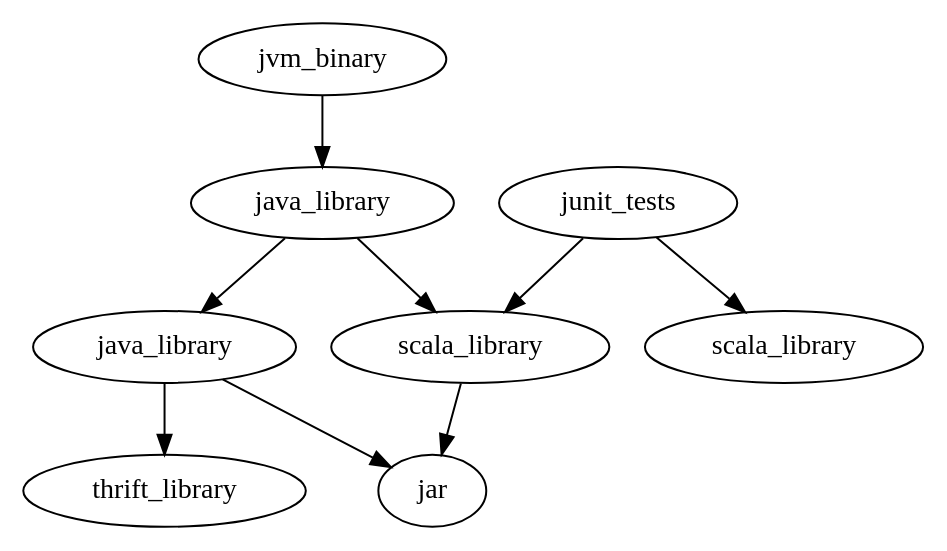
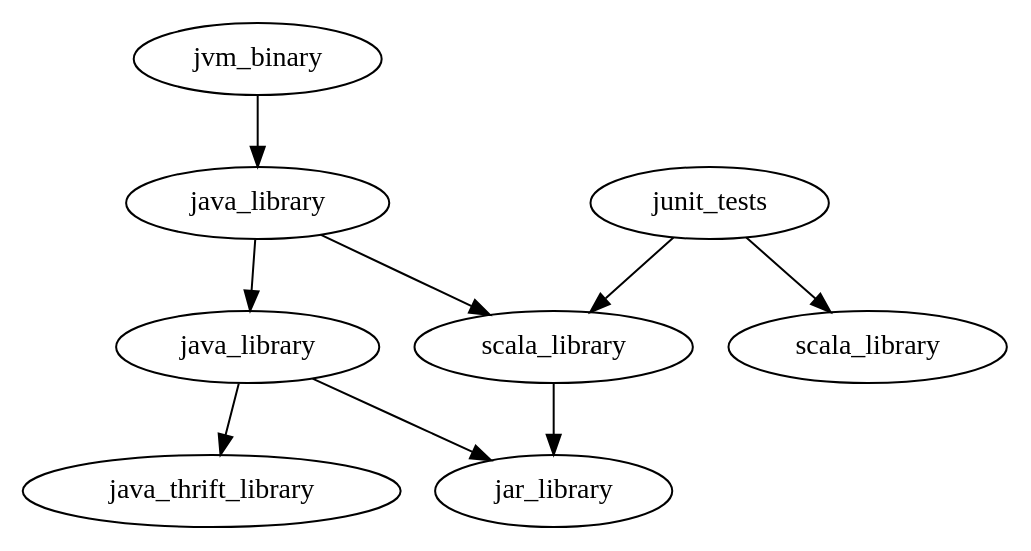
The diagram in src/python/pants/docs/targets_graph.dot (pantsbuild/pants), drawn with Graphviz before and after one commit. The commit also changed 3 other files, not shown here.

```diff
--- a/src/python/pants/docs/targets_graph.dot
+++ b/src/python/pants/docs/targets_graph.dot
@@ -1,19 +1,19 @@
 digraph G {
   bina [label="jvm_binary"];
   testa [label="junit_tests"];
 
   javaliba [label="java_library"];
   javalibb [label="java_library"];
   libc [label="scala_library"];
   libd [label="scala_library"];
 
-  jara [label="jar"];
+  jara [label="jar_library"];
 
-  thrifta [label="thrift_library"]
+  thrifta [label="java_thrift_library"]
 
   bina -> javaliba -> javalibb -> jara;
   javalibb -> thrifta;
   javaliba -> libc -> jara;
   testa -> libc;
   testa -> libd;
 }
```
